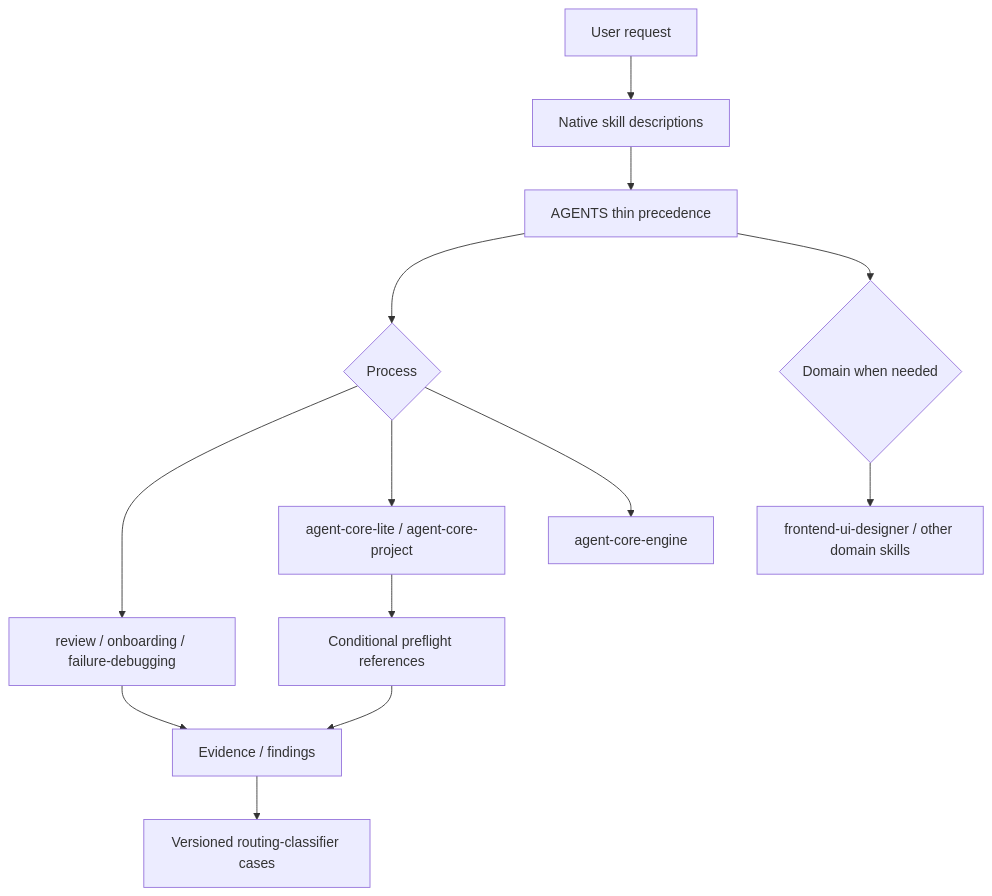
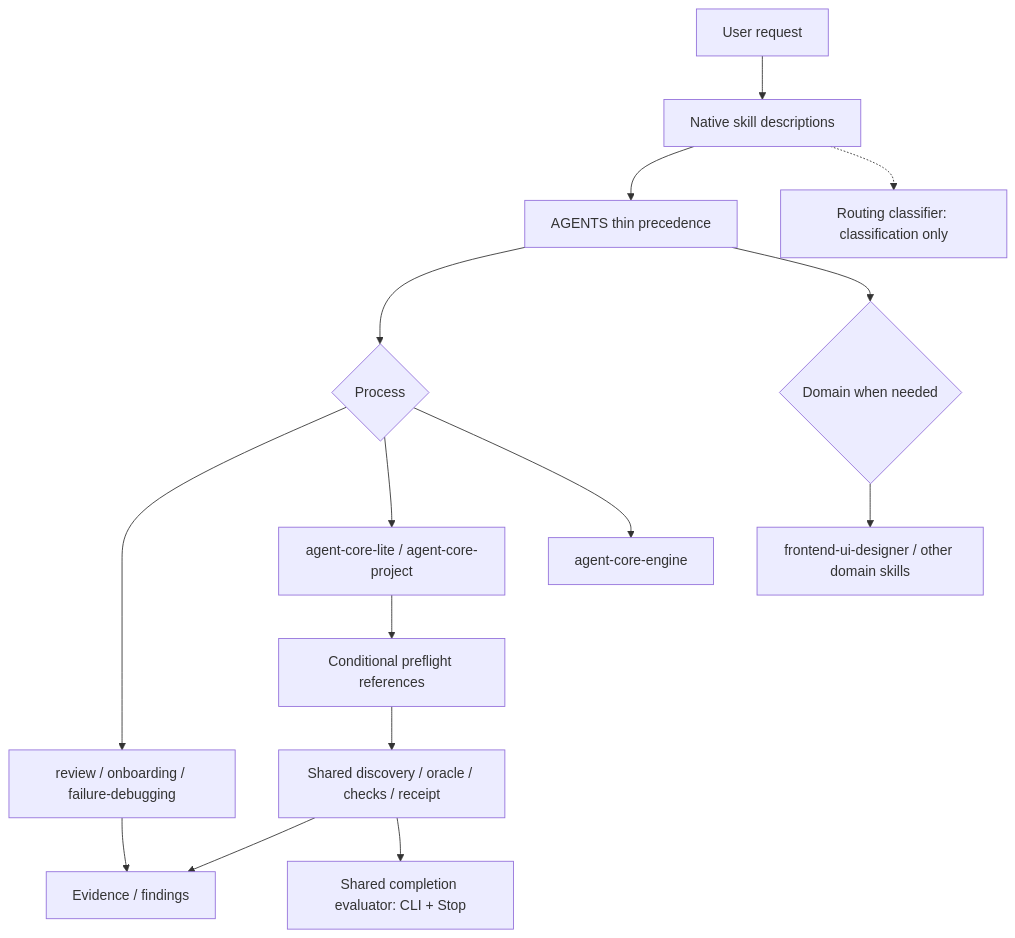
One commit to moonking60144-collab/Agent-Config changed the diagram in README.md. Above: the diagram before and after it, drawn with Mermaid. The commit also changed other lines of this file and 25 other files, not shown here.

```diff
--- a/README.md
+++ b/README.md
@@ -130,15 +130,17 @@
 ~~~mermaid
 flowchart TD
   A["User request"] --> B["Native skill descriptions"]
   B --> C["AGENTS thin precedence"]
   C --> D{"Process"}
   D --> E["review / onboarding / failure-debugging"]
   D --> F["agent-core-lite / agent-core-project"]
   D --> G["agent-core-engine"]
   C --> H{"Domain when needed"}
   H --> I["frontend-ui-designer / other domain skills"]
   F --> J["Conditional preflight references"]
   E --> K["Evidence / findings"]
-  J --> K
-  K --> L["Versioned routing-classifier cases"]
+  J --> V["Shared discovery / oracle / checks / receipt"]
+  V --> K
+  V --> S["Shared completion evaluator: CLI + Stop"]
+  B -.-> L["Routing classifier: classification only"]
 ~~~
```
